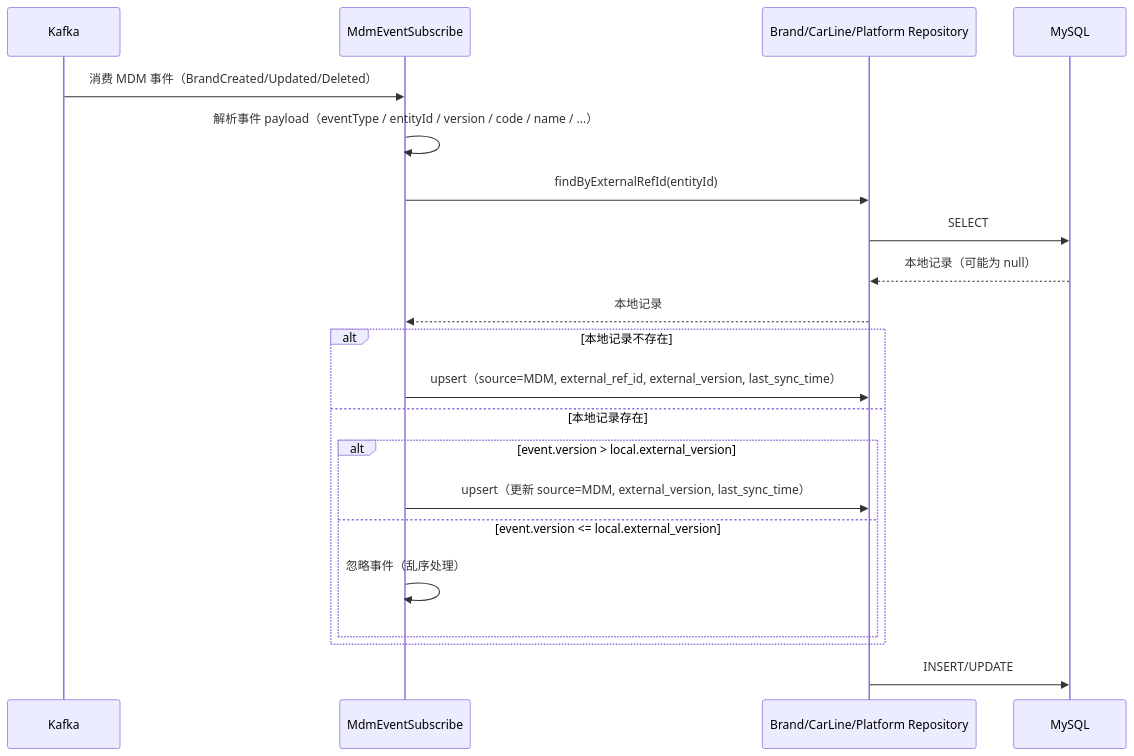
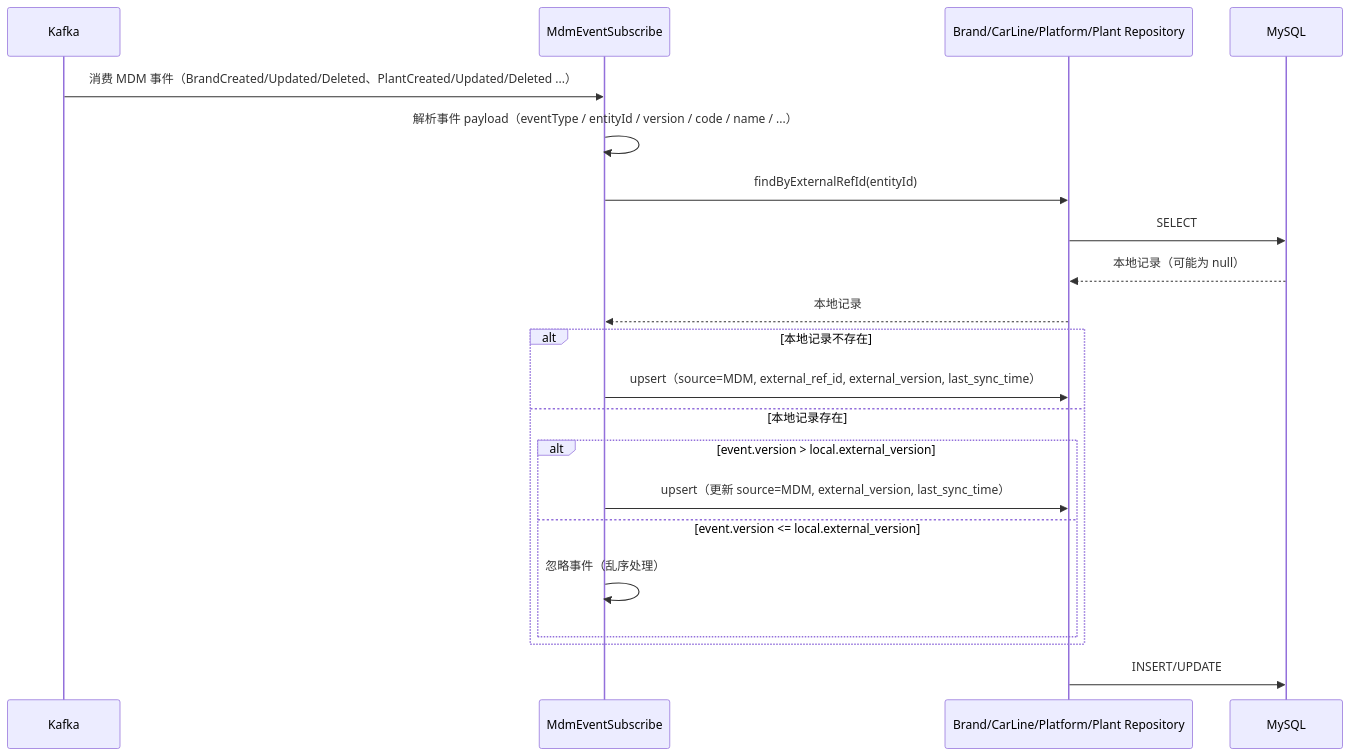
The tenth of 11 diagrams in specs/vehicle-master-data-platform/design.md (hwyzleo/iov-cloud-edd-vmd), drawn with Mermaid before and after one commit. The commit also changed other lines of this file and 24 other files, not shown here.

````diff
--- a/specs/vehicle-master-data-platform/design.md
+++ b/specs/vehicle-master-data-platform/design.md
@@ -443,24 +447,24 @@
 ```mermaid
 sequenceDiagram
     participant K as Kafka
     participant S as MdmEventSubscribe
-    participant R as Brand/CarLine/Platform Repository
+    participant R as Brand/CarLine/Platform/Plant Repository
     participant DB as MySQL
 
-    K->>S: 消费 MDM 事件（BrandCreated/Updated/Deleted）
+    K->>S: 消费 MDM 事件（BrandCreated/Updated/Deleted、PlantCreated/Updated/Deleted ...）
     S->>S: 解析事件 payload（eventType / entityId / version / code / name / ...）
     S->>R: findByExternalRefId(entityId)
     R->>DB: SELECT
     DB-->>R: 本地记录（可能为 null）
     R-->>S: 本地记录
     alt 本地记录不存在
         S->>R: upsert（source=MDM, external_ref_id, external_version, last_sync_time）
     else 本地记录存在
         alt event.version > local.external_version
             S->>R: upsert（更新 source=MDM, external_version, last_sync_time）
         else event.version <= local.external_version
             S->>S: 忽略事件（乱序处理）
         end
     end
     R->>DB: INSERT/UPDATE
 ```
````
